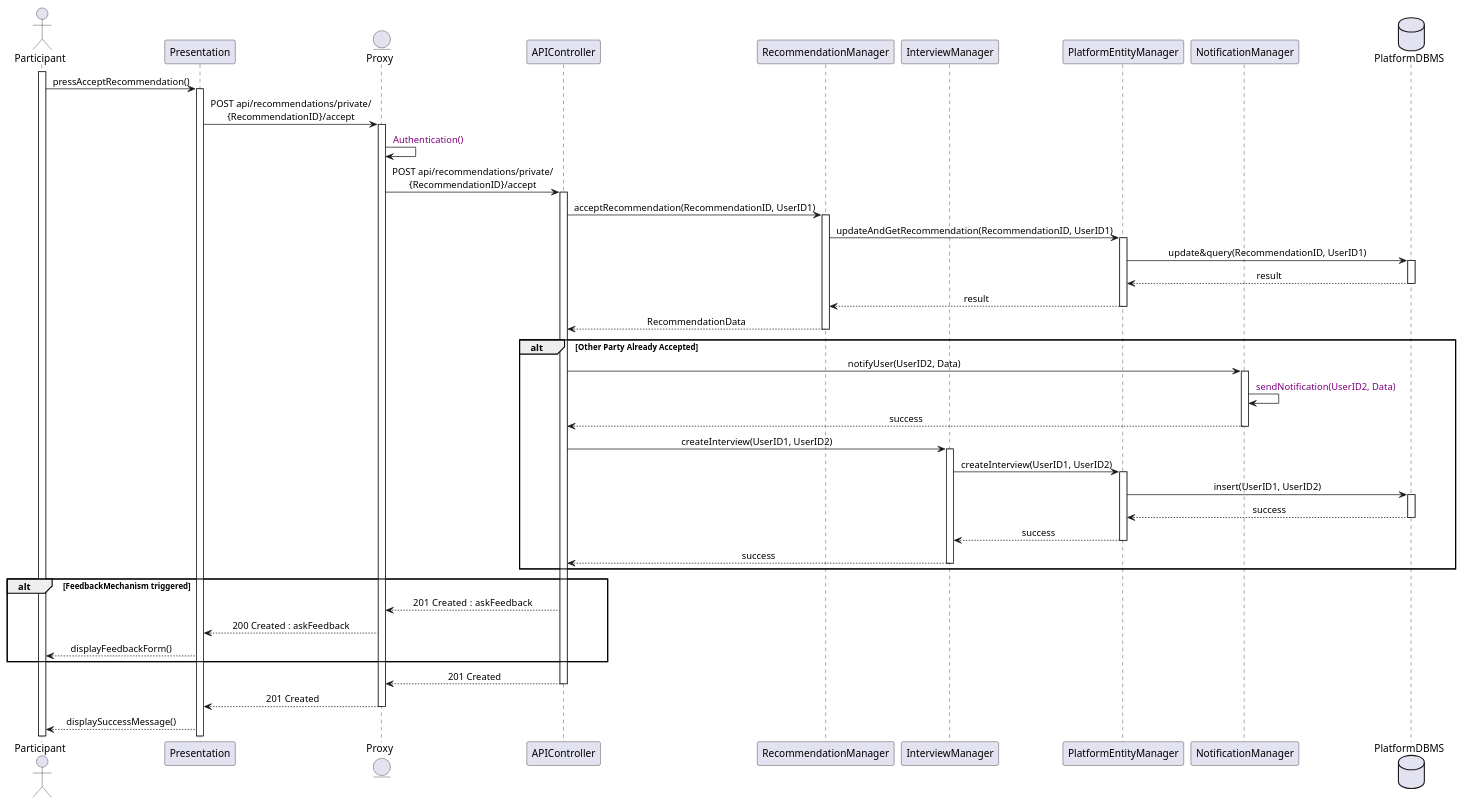
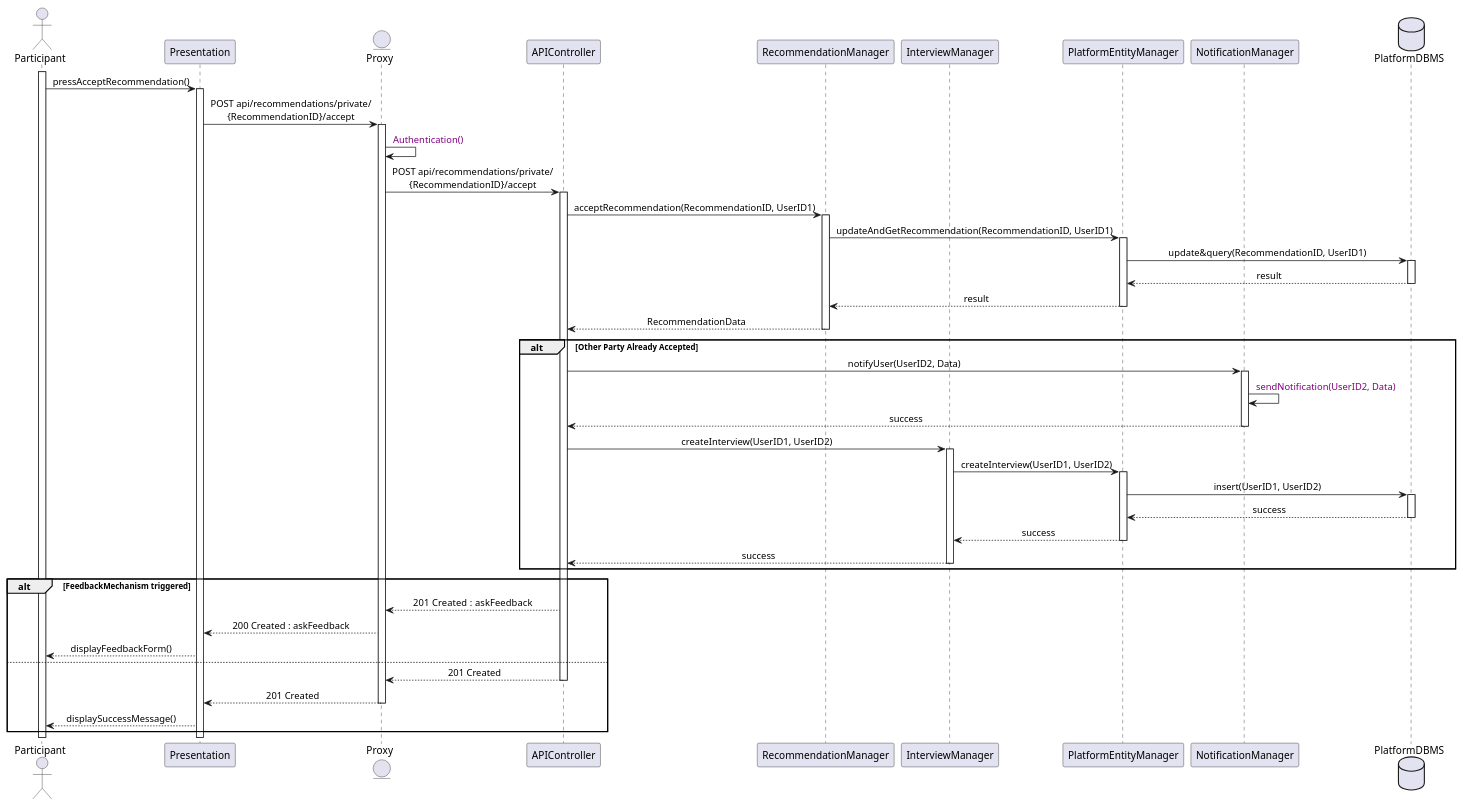
One commit to Slaitroc/RicciPaoliGrisoni changed the diagram in Diagrams/SequenceDiagrams/DD/6.1ParticipantAcceptsMatch.wsd. Above: the diagram before and after it, drawn with PlantUML. The commit also changed 2 other files, not shown here.

Commit message:
Minor diagram fixes

```diff
--- a/Diagrams/SequenceDiagrams/DD/6.1ParticipantAcceptsMatch.wsd
+++ b/Diagrams/SequenceDiagrams/DD/6.1ParticipantAcceptsMatch.wsd
@@ -1,51 +1,50 @@
 @startuml AcceptRecommendation
 skinparam sequenceMessageAlign center
 actor       Participant
 participant  Presentation
 entity      Proxy
 participant APIController
 participant RecommendationManager
 participant InterviewManager
 participant PlatformEntityManager
 participant NotificationManager
 database    PlatformDBMS
 
 activate Participant
 Participant -> Presentation : pressAcceptRecommendation()
 activate Presentation
 Presentation -> Proxy : POST api/recommendations/private/\n{RecommendationID}/accept
 activate Proxy
 Proxy -> Proxy : <color:purple> Authentication()
 
 Proxy -> APIController ++ : POST api/recommendations/private/\n{RecommendationID}/accept
 APIController -> RecommendationManager ++ : acceptRecommendation(RecommendationID, UserID1)
 RecommendationManager -> PlatformEntityManager ++ : updateAndGetRecommendation(RecommendationID, UserID1)
 PlatformEntityManager -> PlatformDBMS ++ : update&query(RecommendationID, UserID1)
 PlatformDBMS --> PlatformEntityManager -- : result
 PlatformEntityManager --> RecommendationManager -- : result
 RecommendationManager --> APIController -- : RecommendationData
 
 alt Other Party Already Accepted
     APIController -> NotificationManager ++ : notifyUser(UserID2, Data)
     NotificationManager -> NotificationManager : <color:purple> sendNotification(UserID2, Data)
     NotificationManager --> APIController -- : success
     APIController -> InterviewManager ++ : createInterview(UserID1, UserID2)
     InterviewManager -> PlatformEntityManager ++ : createInterview(UserID1, UserID2)
     PlatformEntityManager -> PlatformDBMS ++ : insert(UserID1, UserID2)
     PlatformDBMS --> PlatformEntityManager -- : success
     PlatformEntityManager --> InterviewManager -- : success
     InterviewManager --> APIController -- : success
 end
 alt FeedbackMechanism triggered
     APIController --> Proxy : 201 Created  : askFeedback
     Proxy --> Presentation : 200 Created : askFeedback
     Presentation --> Participant : displayFeedbackForm()
-end
-
+else
 APIController --> Proxy : 201 Created  
 deactivate APIController
 Proxy --> Presentation : 201 Created 
 deactivate Proxy
 Presentation --> Participant : displaySuccessMessage()
-
+end
 @enduml
```
